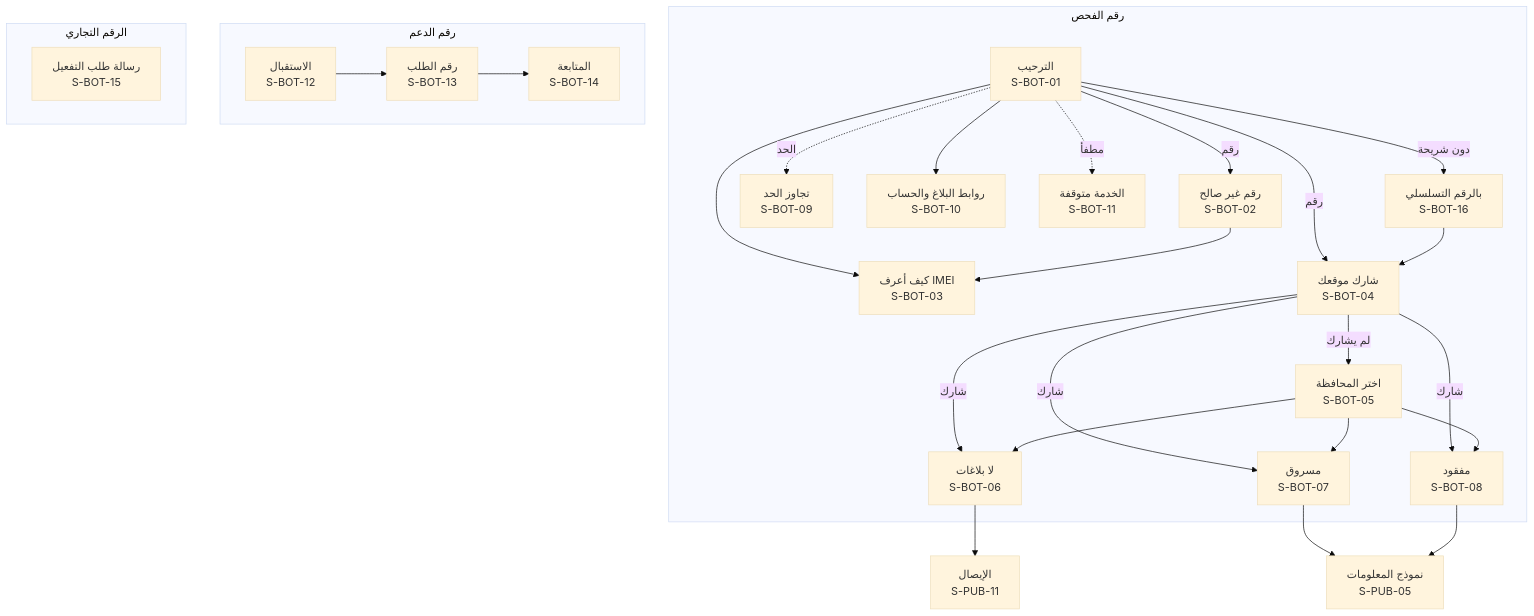
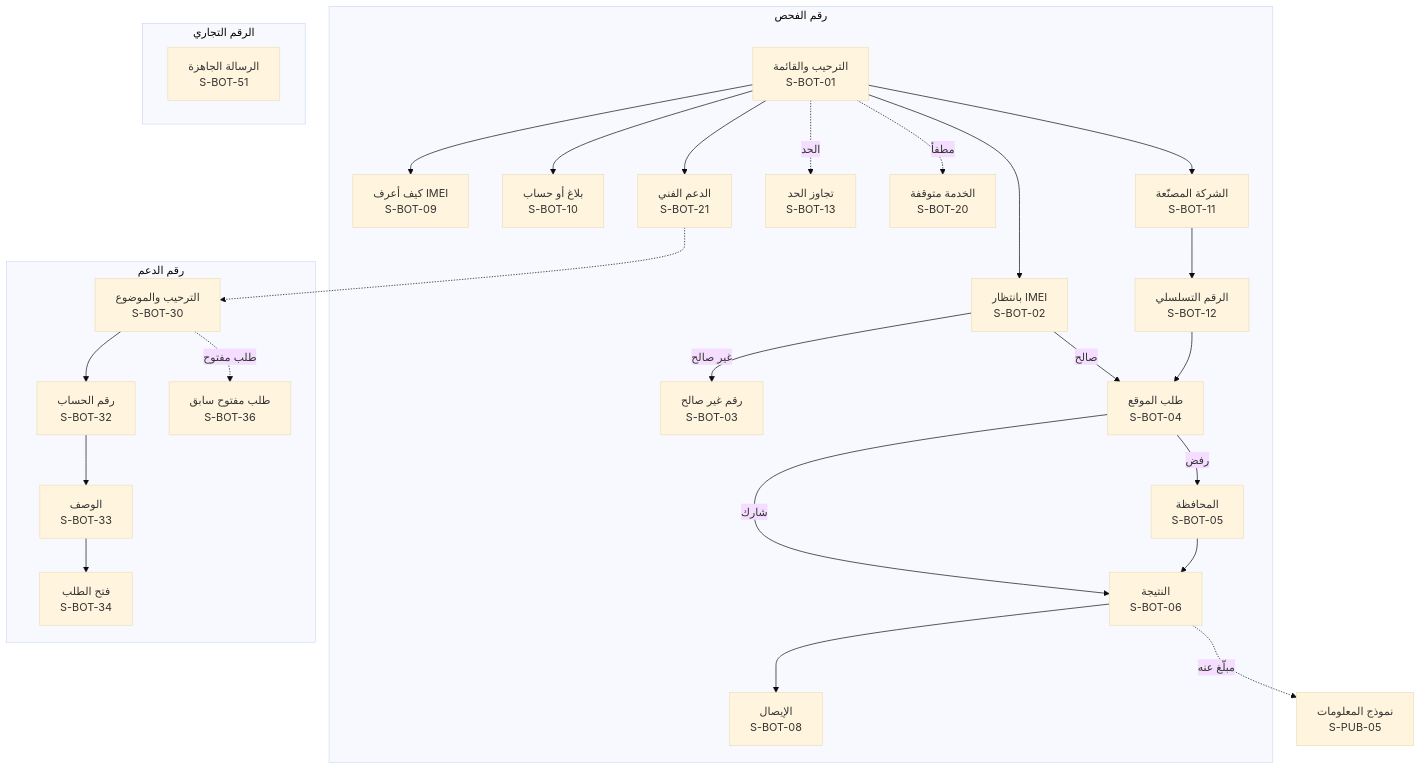
Diagram 17 of 19 in docs/18-screen-inventory.md (servacode/imei), drawn with Mermaid (base theme) before and after one commit. The commit also changed other lines of this file and 9 other files, not shown here.

````diff
--- a/docs/18-screen-inventory.md
+++ b/docs/18-screen-inventory.md
@@ -1068,38 +1115,42 @@
 ```mermaid
 flowchart TD
     subgraph CHECKBOT ["رقم الفحص"]
-        S_BOT_01["الترحيب<br/>S-BOT-01"]
-        S_BOT_02["رقم غير صالح<br/>S-BOT-02"]
-        S_BOT_03["كيف أعرف IMEI<br/>S-BOT-03"]
-        S_BOT_04["شارك موقعك<br/>S-BOT-04"]
-        S_BOT_05["اختر المحافظة<br/>S-BOT-05"]
-        S_BOT_06["لا بلاغات<br/>S-BOT-06"]
-        S_BOT_07["مسروق<br/>S-BOT-07"]
-        S_BOT_08["مفقود<br/>S-BOT-08"]
-        S_BOT_09["تجاوز الحد<br/>S-BOT-09"]
-        S_BOT_10["روابط البلاغ والحساب<br/>S-BOT-10"]
-        S_BOT_11["الخدمة متوقفة<br/>S-BOT-11"]
-        S_BOT_16["بالرقم التسلسلي<br/>S-BOT-16"]
+        S_BOT_01["الترحيب والقائمة<br/>S-BOT-01"]
+        S_BOT_02["بانتظار IMEI<br/>S-BOT-02"]
+        S_BOT_03["رقم غير صالح<br/>S-BOT-03"]
+        S_BOT_04["طلب الموقع<br/>S-BOT-04"]
+        S_BOT_05["المحافظة<br/>S-BOT-05"]
+        S_BOT_06["النتيجة<br/>S-BOT-06"]
+        S_BOT_08["الإيصال<br/>S-BOT-08"]
+        S_BOT_09["كيف أعرف IMEI<br/>S-BOT-09"]
+        S_BOT_10["بلاغ أو حساب<br/>S-BOT-10"]
+        S_BOT_11["الشركة المصنّعة<br/>S-BOT-11"]
+        S_BOT_12["الرقم التسلسلي<br/>S-BOT-12"]
+        S_BOT_13["تجاوز الحد<br/>S-BOT-13"]
+        S_BOT_20["الخدمة متوقفة<br/>S-BOT-20"]
+        S_BOT_21["الدعم الفني<br/>S-BOT-21"]
     end
     subgraph SUPBOT ["رقم الدعم"]
-        S_BOT_12["الاستقبال<br/>S-BOT-12"]
-        S_BOT_13["رقم الطلب<br/>S-BOT-13"]
-        S_BOT_14["المتابعة<br/>S-BOT-14"]
+        S_BOT_30["الترحيب والموضوع<br/>S-BOT-30"]
+        S_BOT_32["رقم الحساب<br/>S-BOT-32"]
+        S_BOT_33["الوصف<br/>S-BOT-33"]
+        S_BOT_34["فتح الطلب<br/>S-BOT-34"]
+        S_BOT_36["طلب مفتوح سابق<br/>S-BOT-36"]
     end
     subgraph COMBOT ["الرقم التجاري"]
-        S_BOT_15["رسالة طلب التفعيل<br/>S-BOT-15"]
+        S_BOT_51["الرسالة الجاهزة<br/>S-BOT-51"]
     end
     S_PUB_05["نموذج المعلومات<br/>S-PUB-05"]
-    S_PUB_11["الإيصال<br/>S-PUB-11"]
-    S_BOT_01 -- "رقم" --> S_BOT_02 & S_BOT_04
-    S_BOT_01 --> S_BOT_03 & S_BOT_10
-    S_BOT_01 -- "دون شريحة" --> S_BOT_16 --> S_BOT_04
-    S_BOT_02 --> S_BOT_03
-    S_BOT_04 -- "شارك" --> S_BOT_06 & S_BOT_07 & S_BOT_08
-    S_BOT_04 -- "لم يشارك" --> S_BOT_05 --> S_BOT_06 & S_BOT_07 & S_BOT_08
-    S_BOT_06 --> S_PUB_11
-    S_BOT_07 & S_BOT_08 --> S_PUB_05
-    S_BOT_01 -. "الحد" .-> S_BOT_09
-    S_BOT_01 -. "مطفأ" .-> S_BOT_11
-    S_BOT_12 --> S_BOT_13 --> S_BOT_14
+    S_BOT_01 --> S_BOT_02 & S_BOT_09 & S_BOT_10 & S_BOT_11 & S_BOT_21
+    S_BOT_02 -- "صالح" --> S_BOT_04
+    S_BOT_02 -- "غير صالح" --> S_BOT_03
+    S_BOT_11 --> S_BOT_12 --> S_BOT_04
+    S_BOT_04 -- "شارك" --> S_BOT_06 --> S_BOT_08
+    S_BOT_04 -- "رفض" --> S_BOT_05 --> S_BOT_06
+    S_BOT_06 -. "مبلّغ عنه" .-> S_PUB_05
+    S_BOT_01 -. "الحد" .-> S_BOT_13
+    S_BOT_01 -. "مطفأ" .-> S_BOT_20
+    S_BOT_21 -.-> S_BOT_30
+    S_BOT_30 --> S_BOT_32 --> S_BOT_33 --> S_BOT_34
+    S_BOT_30 -. "طلب مفتوح" .-> S_BOT_36
 ```
````
